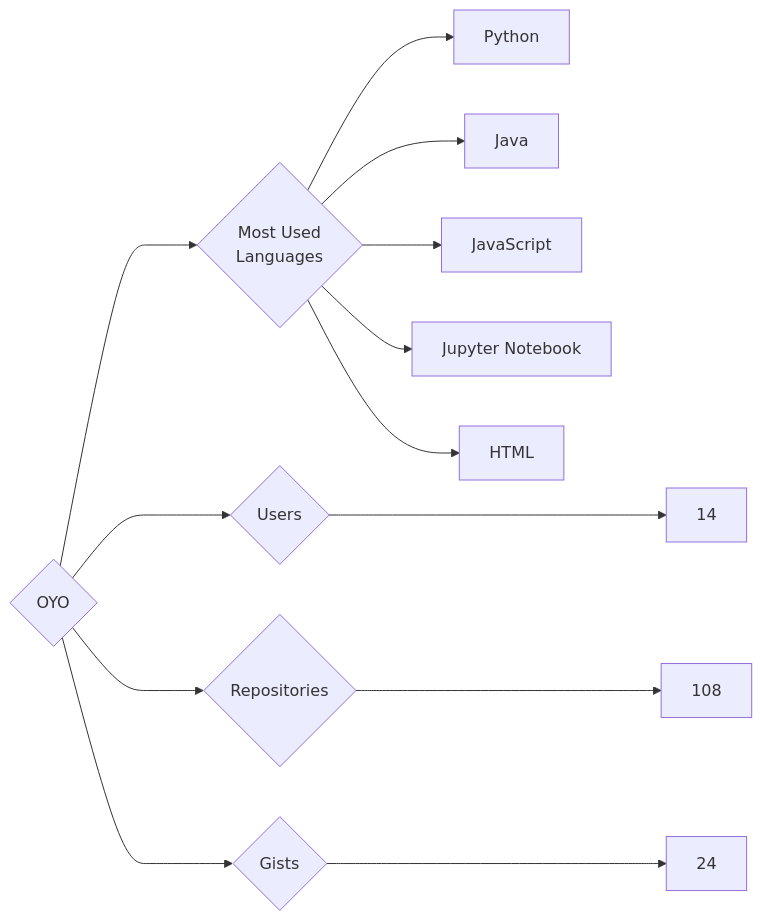
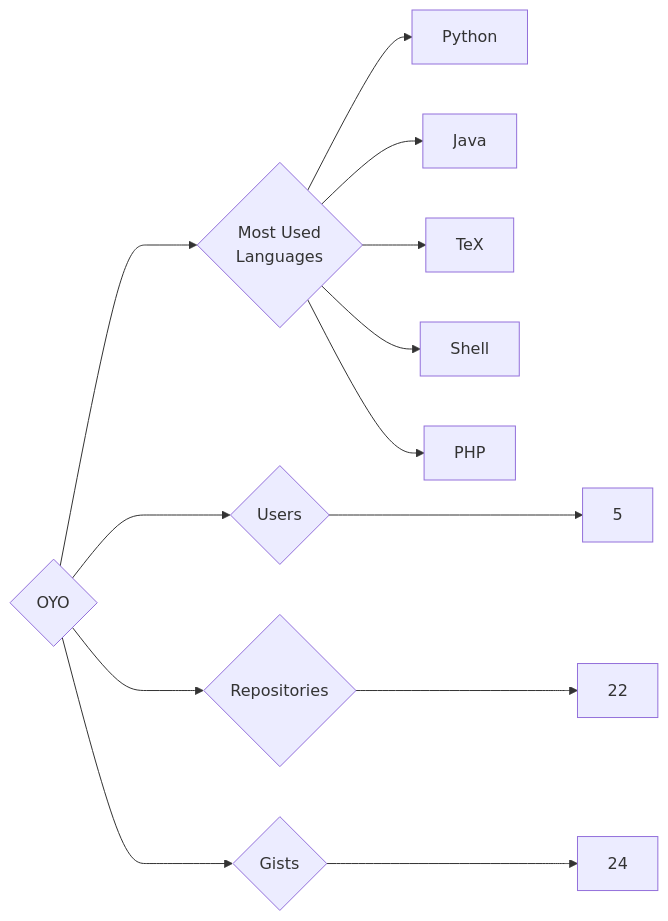
One commit to trickest/insiders changed the diagram in targets/OYO/README.md. Above: the diagram before and after it, drawn with Mermaid. The commit also changed 1248 other files, not shown here.

````diff
--- a/targets/OYO/README.md
+++ b/targets/OYO/README.md
@@ -3,13 +3,13 @@
 ```mermaid
 graph LR
 COMPANY_NAME{OYO}
-COMPANY_NAME ---> U{Users} ---> UN[14]
-COMPANY_NAME ---> R{Repositories} ---> RN[108]
+COMPANY_NAME ---> U{Users} ---> UN[5]
+COMPANY_NAME ---> R{Repositories} ---> RN[22]
 COMPANY_NAME ---> G{Gists} ---> GN[24]
 COMPANY_NAME ---> ML{Most Used<br>Languages}
 ML --> Python[Python]
 ML --> Java[Java]
-ML --> JavaScript[JavaScript]
-ML --> Jupyter_Notebook[Jupyter Notebook]
-ML --> HTML[HTML]
+ML --> TeX[TeX]
+ML --> Shell[Shell]
+ML --> PHP[PHP]
 ```
````
